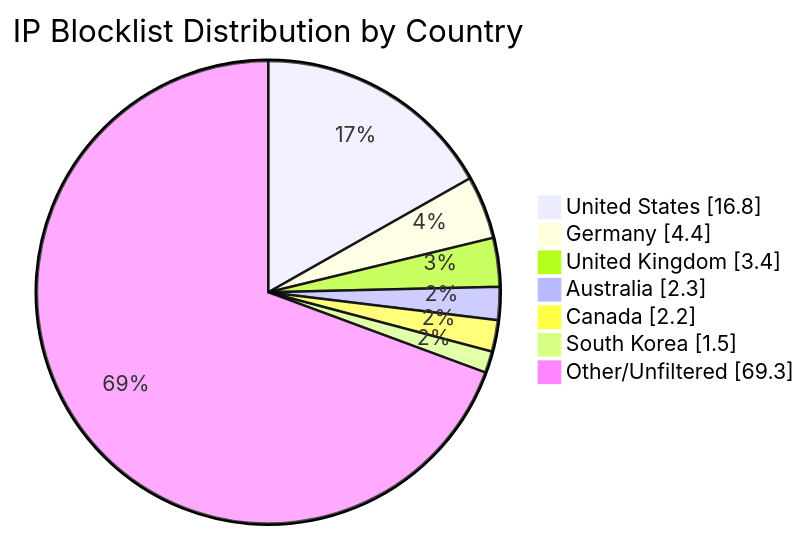
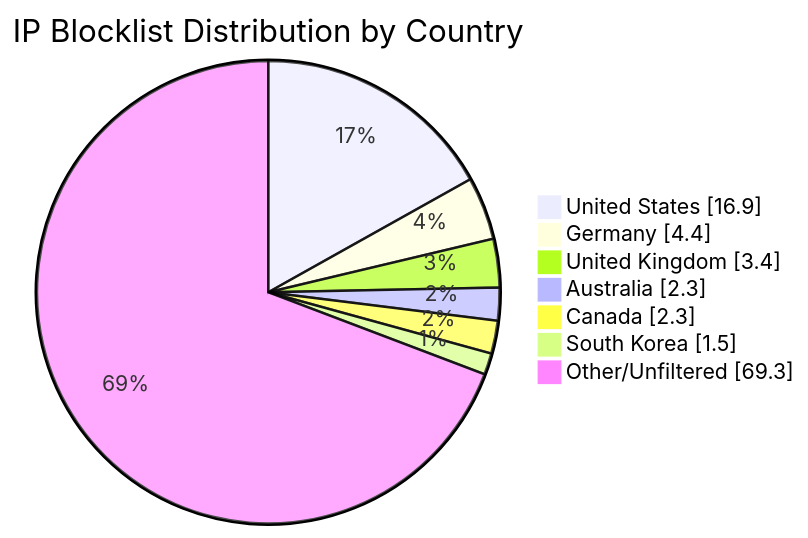
Before and after one commit to MarcusHoltz/ipblocklist-geofiltered-aggregator: the diagram in README.md, drawn with Mermaid. The commit also changed other lines of this file and 9 other files, not shown here.

````diff
--- a/README.md
+++ b/README.md
@@ -34,10 +34,10 @@
 ```mermaid
 pie showData title IP Blocklist Distribution by Country
-"United States" : 16.8
+"United States" : 16.9
 "Germany" : 4.4
 "United Kingdom" : 3.4
 "Australia" : 2.3
-"Canada" : 2.2
+"Canada" : 2.3
 "South Korea" : 1.5
 "Other/Unfiltered" : 69.3
 ```
````
